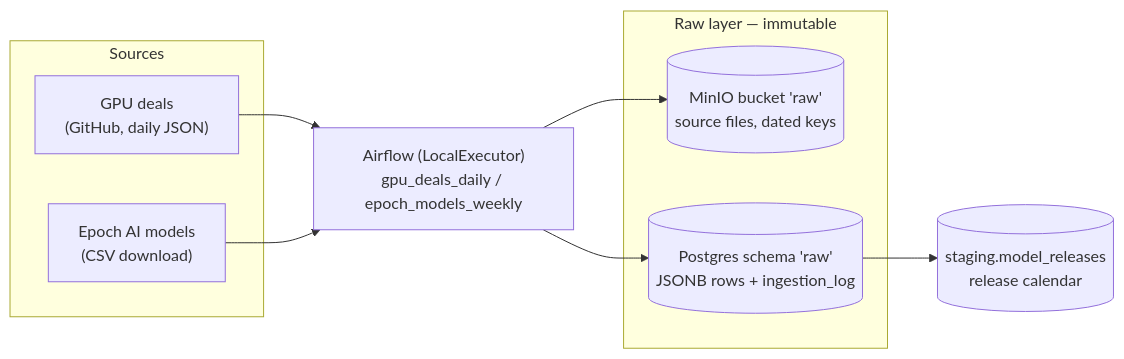
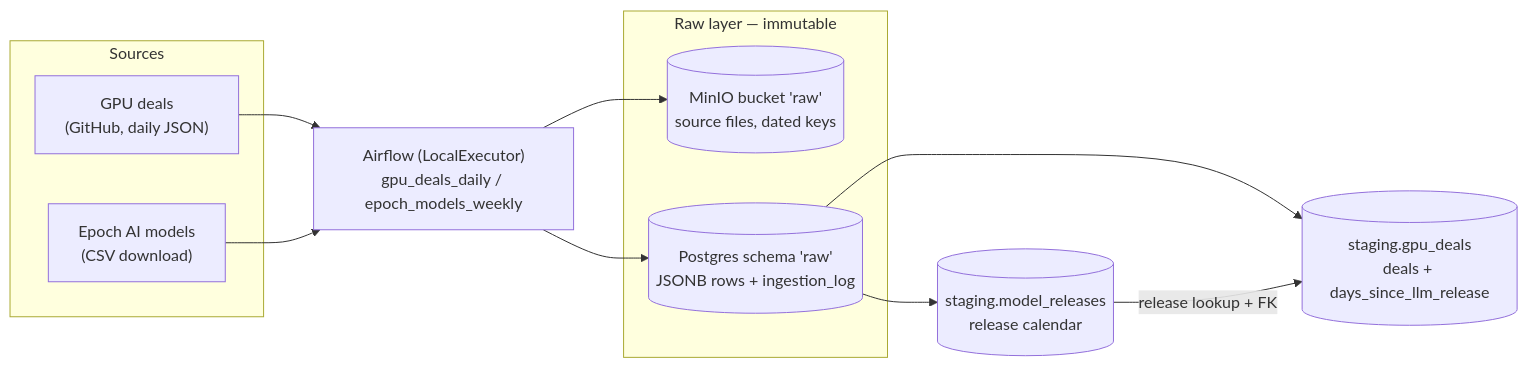
One commit to SilasSchuler/GPU-Affordability changed the diagram in README.md. Above: the diagram before and after it, drawn with Mermaid. The commit also changed other lines of this file, not shown here.

````diff
--- a/README.md
+++ b/README.md
@@ -15,22 +15,28 @@
 ```mermaid
 flowchart LR
     subgraph sources [Sources]
         GH["GPU deals<br/>(GitHub, daily JSON)"]
         EP["Epoch AI models<br/>(CSV download)"]
     end
 
     AF["Airflow (LocalExecutor)<br/>gpu_deals_daily / epoch_models_weekly"]
 
     subgraph raw [Raw layer — immutable]
         MINIO[("MinIO bucket 'raw'<br/>source files, dated keys")]
         PGRAW[("Postgres schema 'raw'<br/>JSONB rows + ingestion_log")]
     end
 
     STG[("staging.model_releases<br/>release calendar")]
+    STGD[("staging.gpu_deals<br/>deals + days_since_llm_release")]
+
+    PGRAW --> STG
+    PGRAW --> STGD
+    STG -- "release lookup + FK" --> STGD
 
     GH --> AF
     EP --> AF
     AF --> MINIO
     AF --> PGRAW
-    PGRAW --> STG
+
+
 ```
````
